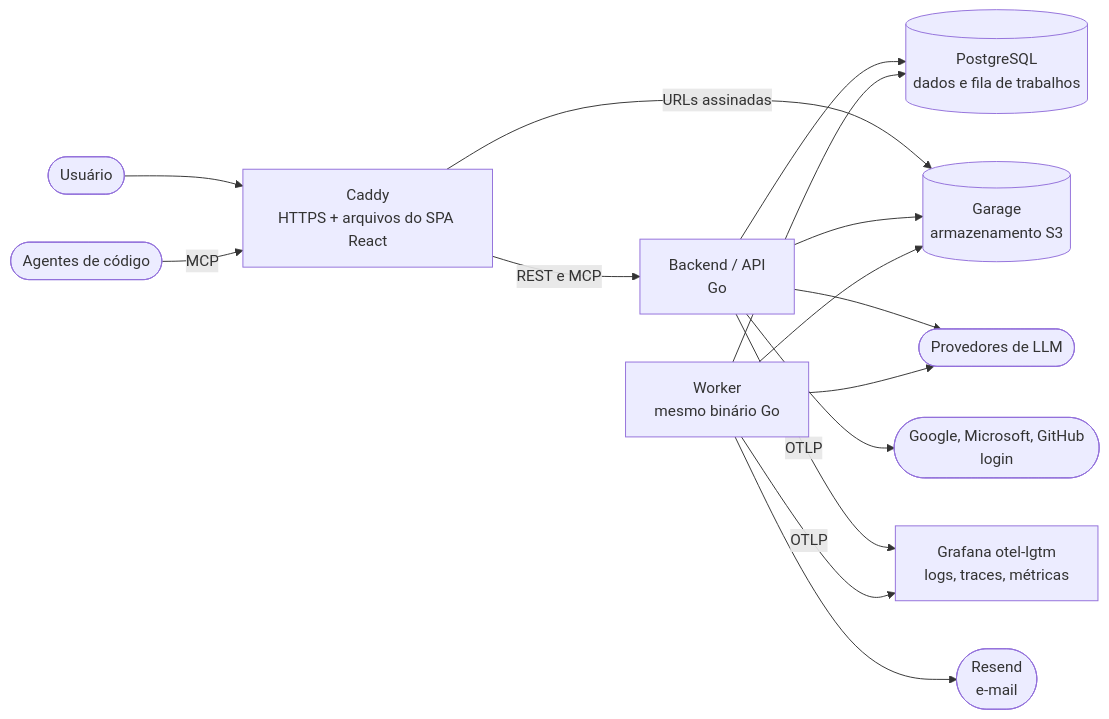
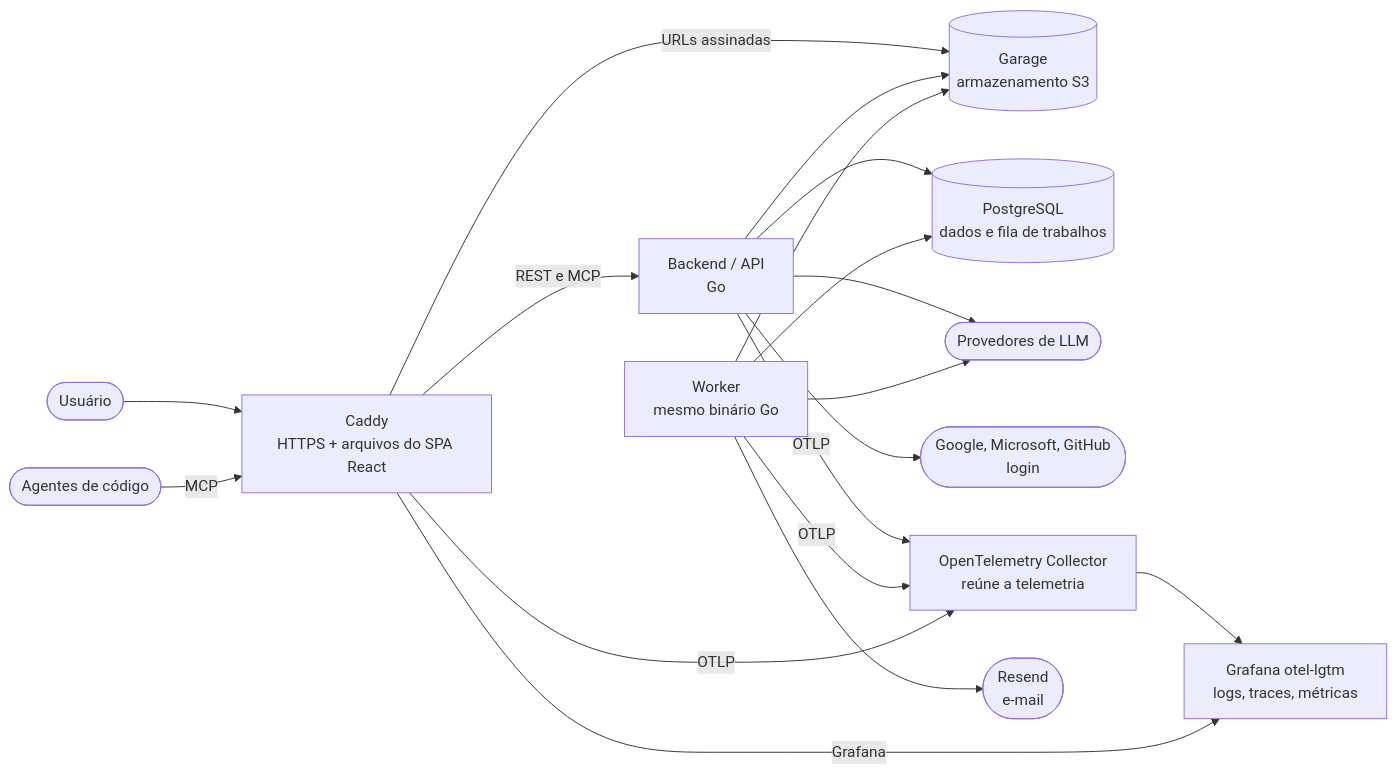
The diagram in README.pt-BR.md (dannilodms/forgespark), drawn with Mermaid before and after one commit. The commit also changed other lines of this file and 5 other files, not shown here.

````diff
--- a/README.pt-BR.md
+++ b/README.pt-BR.md
@@ -43,17 +43,20 @@
 ```mermaid
 flowchart LR
     user([Usuário]) --> proxy[Caddy<br/>HTTPS + arquivos do SPA React]
     agents([Agentes de código]) -->|MCP| proxy
     proxy -->|REST e MCP| api[Backend / API<br/>Go]
     proxy -->|URLs assinadas| storage[(Garage<br/>armazenamento S3)]
     api --> db[(PostgreSQL<br/>dados e fila de trabalhos)]
     api --> storage
     api --> llm([Provedores de LLM])
     api --> idp([Google, Microsoft, GitHub<br/>login])
-    api -->|OTLP| telemetry[Grafana otel-lgtm<br/>logs, traces, métricas]
+    api -->|OTLP| collector[OpenTelemetry Collector<br/>reúne a telemetria]
     worker[Worker<br/>mesmo binário Go] --> db
     worker --> storage
     worker --> llm
     worker --> mail([Resend<br/>e-mail])
-    worker -->|OTLP| telemetry
+    worker -->|OTLP| collector
+    proxy -->|OTLP| collector
+    collector --> telemetry[Grafana otel-lgtm<br/>logs, traces, métricas]
+    proxy -->|Grafana| telemetry
 ```
````
